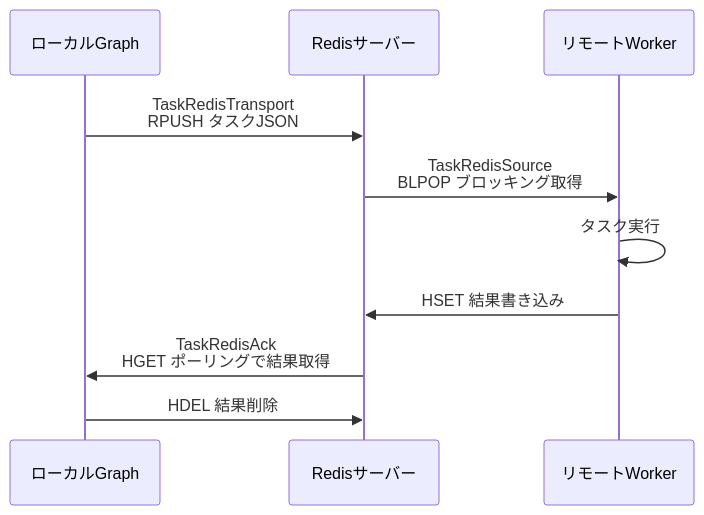
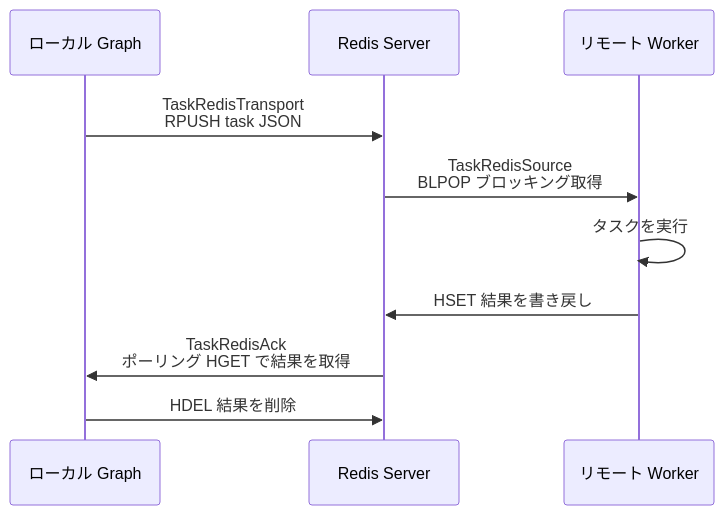
The fifth of 9 diagrams in docs/ja/presentation.md (Mr-xiaotian/CelestialFlow), drawn with Mermaid before and after one commit. The commit also changed other lines of this file and 278 other files, not shown here.

````diff
--- a/docs/ja/presentation.md
+++ b/docs/ja/presentation.md
@@ -285,13 +285,13 @@
 ```mermaid
 sequenceDiagram
-    participant Local as ローカルGraph
-    participant Redis as Redisサーバー
-    participant Remote as リモートWorker
+    participant Local as ローカル Graph
+    participant Redis as Redis Server
+    participant Remote as リモート Worker
 
-    Local->>Redis: TaskRedisTransport<br/>RPUSH タスクJSON
+    Local->>Redis: TaskRedisTransport<br/>RPUSH task JSON
     Redis->>Remote: TaskRedisSource<br/>BLPOP ブロッキング取得
-    Remote->>Remote: タスク実行
-    Remote->>Redis: HSET 結果書き込み
-    Redis->>Local: TaskRedisAck<br/>HGET ポーリングで結果取得
-    Local->>Redis: HDEL 結果削除
+    Remote->>Remote: タスクを実行
+    Remote->>Redis: HSET 結果を書き戻し
+    Redis->>Local: TaskRedisAck<br/>ポーリング HGET で結果を取得
+    Local->>Redis: HDEL 結果を削除
 ```
````
